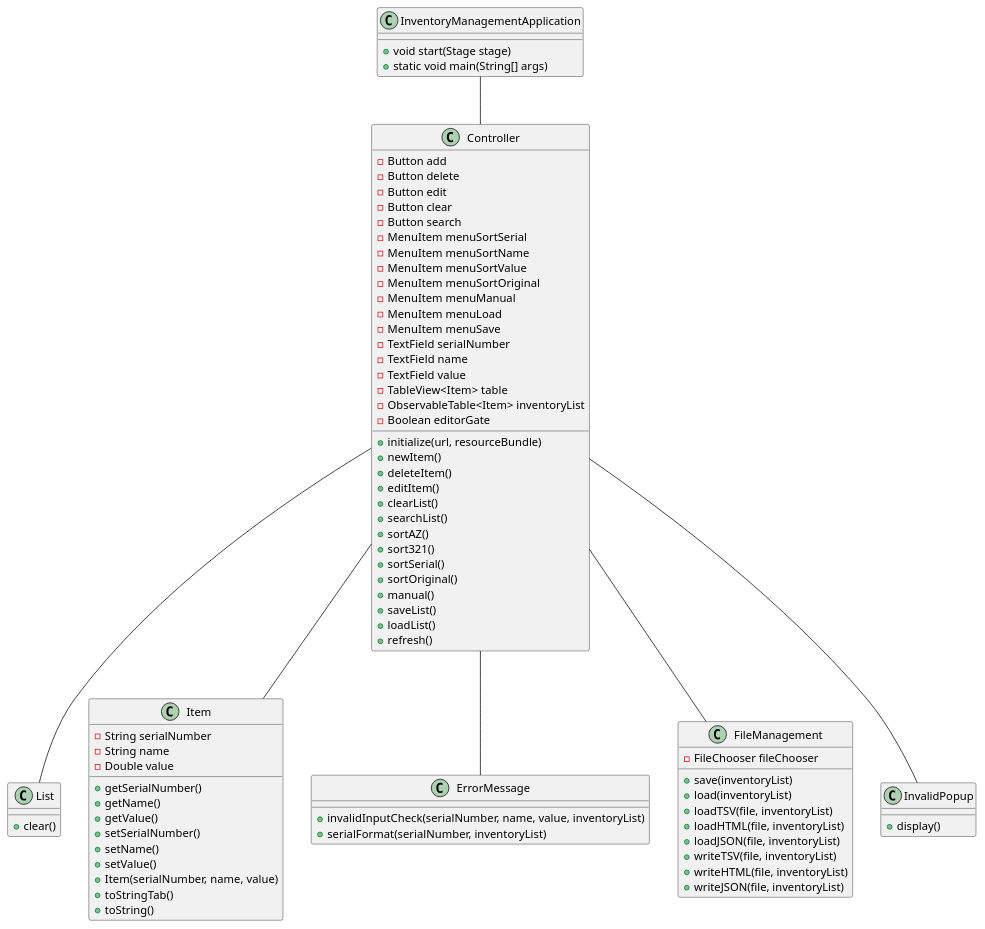
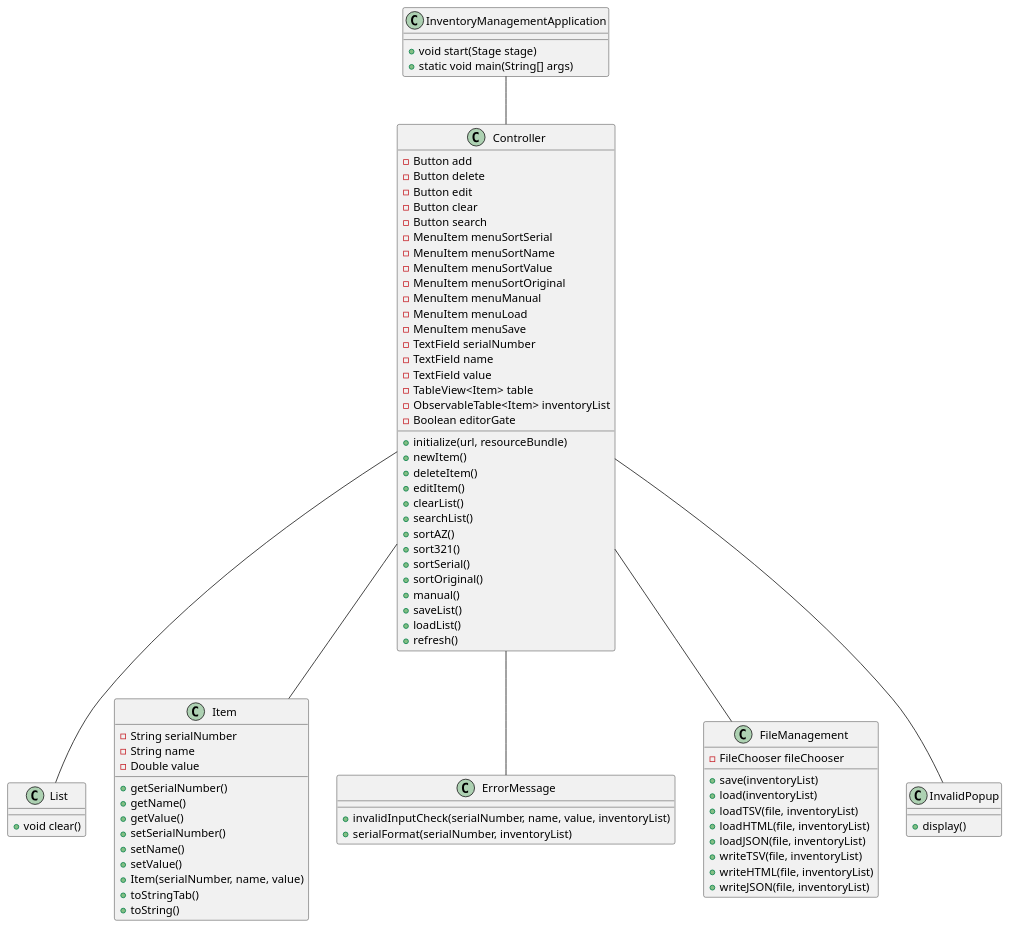
The diagram in earnest-app2-code/docs/app2-classUML.puml (aidane1023/earnest-app2), drawn with PlantUML before and after one commit. The commit also changed 28 other files, not shown here.

```diff
--- a/earnest-app2-code/docs/app2-classUML.puml
+++ b/earnest-app2-code/docs/app2-classUML.puml
@@ -1,99 +1,99 @@
 @startuml
 'https://plantuml.com/class-diagram
 
 class InventoryManagementApplication
 class Controller
 class List
 class Item
 class ErrorMessage
 class FileManagement
 class InvalidPopup
 
 InventoryManagementApplication -- Controller
 Controller -- List
 Controller -- Item
 Controller -- ErrorMessage
 Controller -- InvalidPopup
 Controller -- FileManagement
 
 
 class InventoryManagementApplication {
     + void start(Stage stage)
     + static void main(String[] args)
 }
 
 class Controller {
     - Button add
     - Button delete
     - Button edit
     - Button clear
     - Button search
     - MenuItem menuSortSerial
     - MenuItem menuSortName
     - MenuItem menuSortValue
     - MenuItem menuSortOriginal
     - MenuItem menuManual
     - MenuItem menuLoad
     - MenuItem menuSave
     - TextField serialNumber
     - TextField name
     - TextField value
     - TableView<Item> table
     - ObservableTable<Item> inventoryList
     - Boolean editorGate
     + initialize(url, resourceBundle)
     + newItem()
     + deleteItem()
     + editItem()
     + clearList()
     + searchList()
     + sortAZ()
     + sort321()
     + sortSerial()
     + sortOriginal()
     + manual()
     + saveList()
     + loadList()
     + refresh()
 }
 
 class FileManagement {
     - FileChooser fileChooser
     + save(inventoryList)
     + load(inventoryList)
     + loadTSV(file, inventoryList)
     + loadHTML(file, inventoryList)
     + loadJSON(file, inventoryList)
     + writeTSV(file, inventoryList)
     + writeHTML(file, inventoryList)
     + writeJSON(file, inventoryList)
 }
 
 class ErrorMessage {
     + invalidInputCheck(serialNumber, name, value, inventoryList)
     + serialFormat(serialNumber, inventoryList)
 }
 
 class InvalidPopup {
     + display()
 }
 
 class List {
-    + clear()
+    + void clear()
 }
 
 class Item {
     - String serialNumber
     - String name
     - Double value
     + getSerialNumber()
     + getName()
     + getValue()
     + setSerialNumber()
     + setName()
     + setValue()
     + Item(serialNumber, name, value)
     + toStringTab()
     + toString()
 }
 @enduml
```
